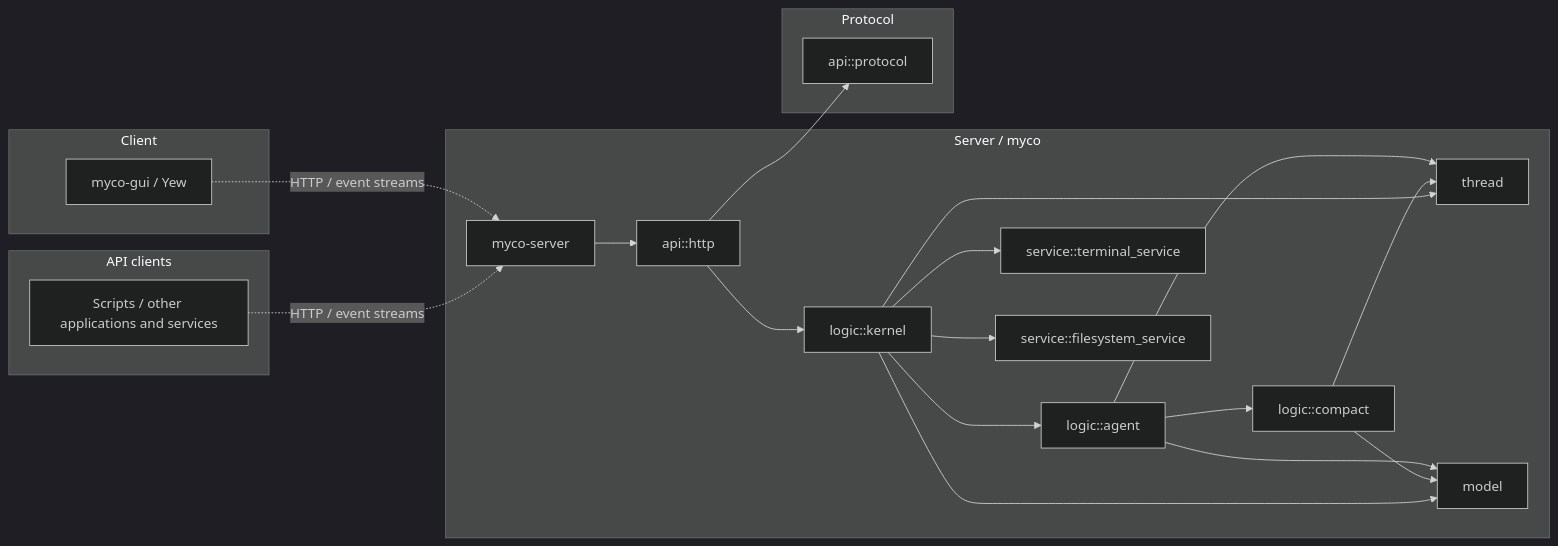
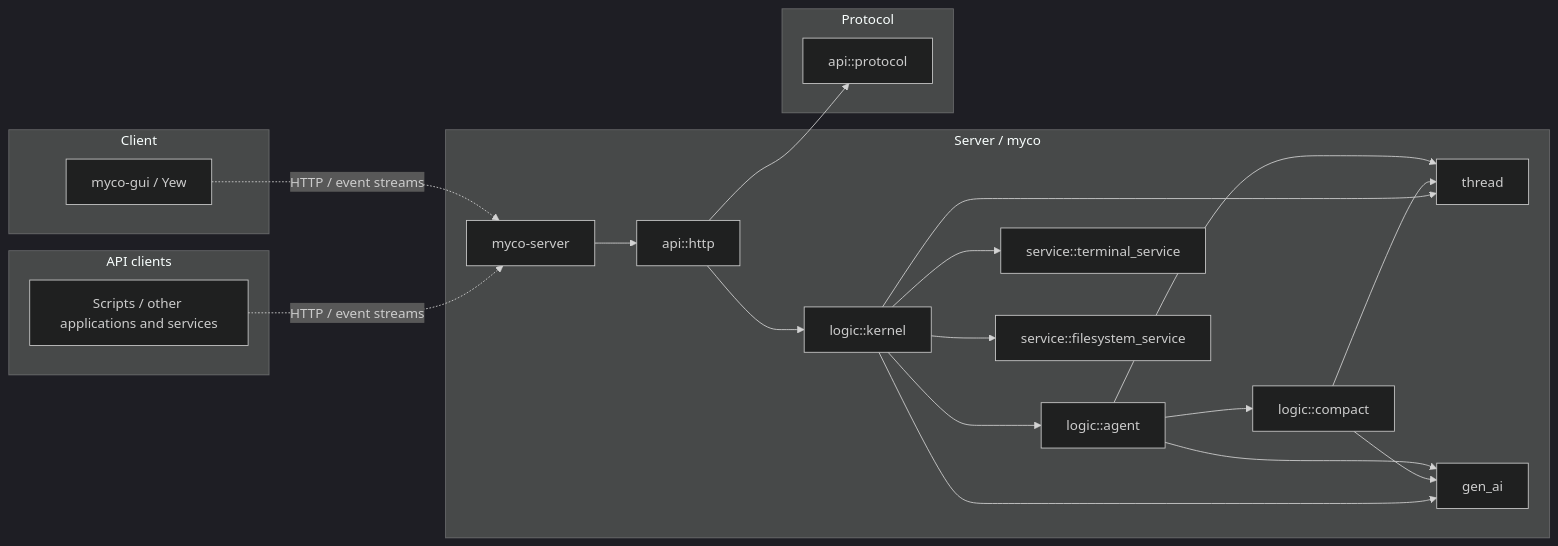
The diagram in DESIGN.md (tsnl/myco), drawn with Mermaid (dark theme) before and after one commit. The commit also changed other lines of this file and 12 other files, not shown here.

Commit message:
Rename model module to gen_ai

````diff
--- a/DESIGN.md
+++ b/DESIGN.md
@@ -29,31 +29,31 @@
 ```mermaid
 flowchart LR
     subgraph Server["Server / myco"]
         server[myco-server] --> http[api::http]
         http --> kernel[logic::kernel]
         kernel --> agent[logic::agent]
         agent --> compact[logic::compact]
         agent --> thread
-        agent --> model
+        agent --> gen_ai
         compact --> thread
-        compact --> model
+        compact --> gen_ai
         kernel --> thread
-        kernel --> model
+        kernel --> gen_ai
         thread[thread]
-        model[model]
+        gen_ai[gen_ai]
         kernel --> terminal[service::terminal_service]
         kernel --> filesystem[service::filesystem_service]
     end
     subgraph Protocol
         protocol[api::protocol]
     end
     subgraph Client
         gui[myco-gui / Yew]
     end
     subgraph Integrations[API clients]
         scripts["Scripts / other applications and services"]
     end
     http --> protocol
     gui -. HTTP / event streams .-> server
     scripts -. HTTP / event streams .-> server
 ```
````
